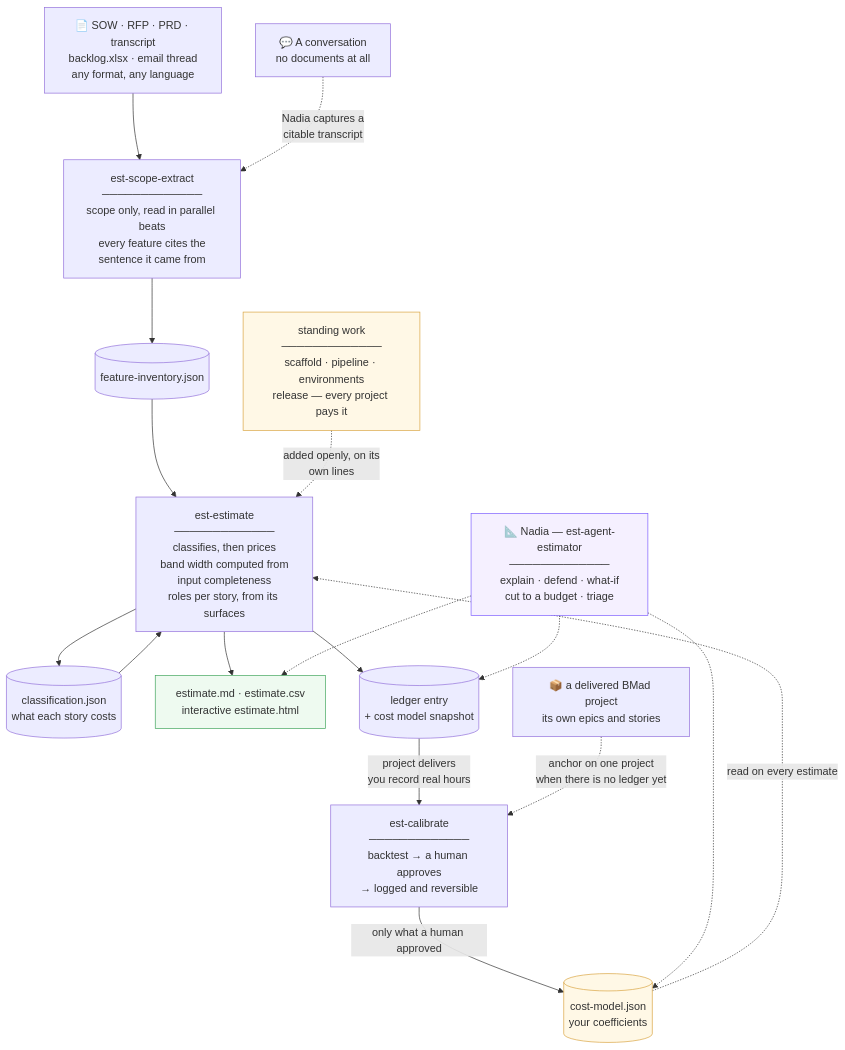
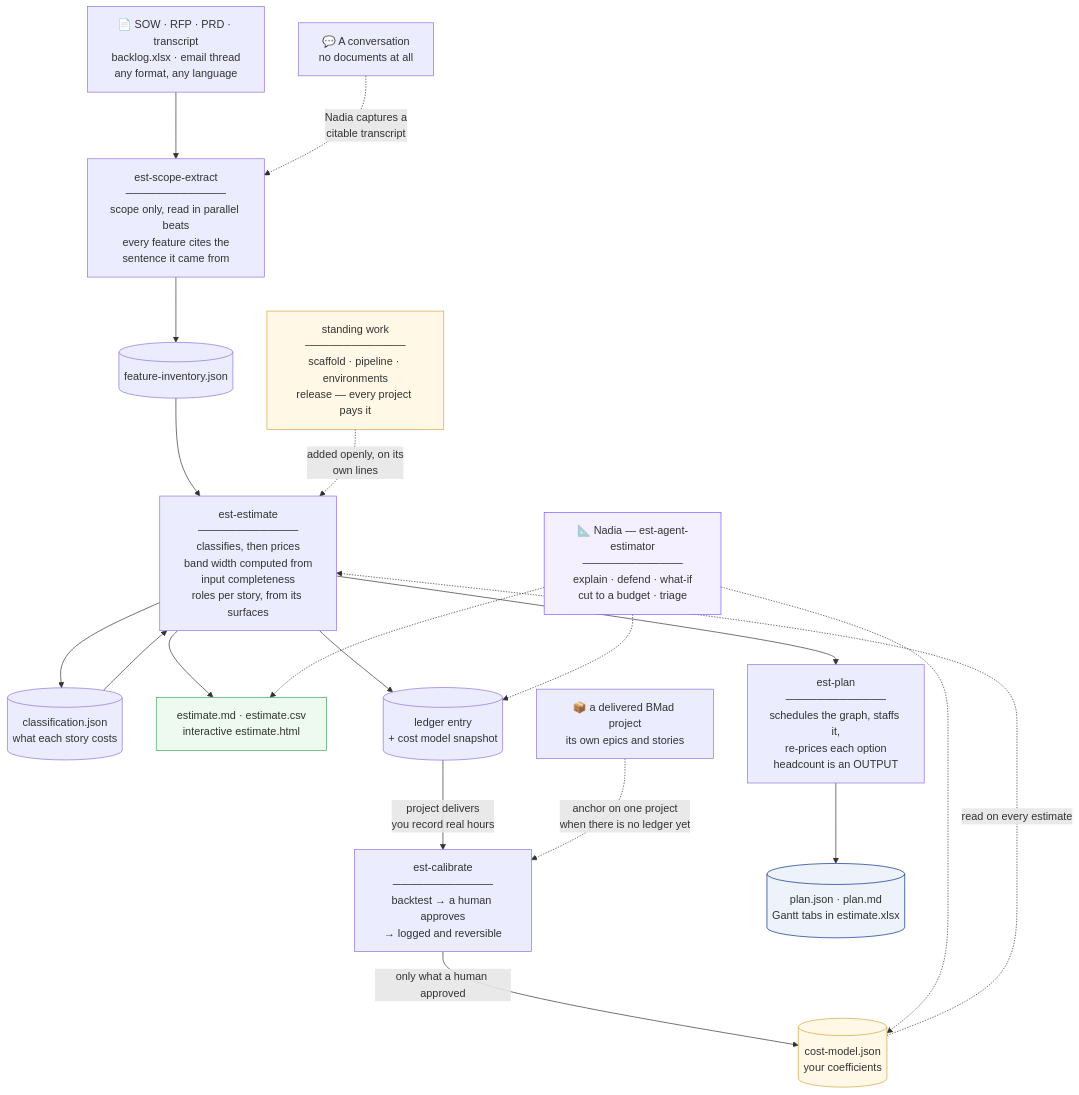
Before and after one commit to Relevant-S/bmad-est: the diagram in README.md, drawn with Mermaid. The commit also changed other lines of this file and 30 other files, not shown here.

Commit message:
refactor estimation process to integrate a new planning skill that generates staffed delivery options from priced estimates, enhancing project management capabilities; update documentation to clarify the role of the new skill in the workflow and ensure consistency in output presentation

````diff
--- a/README.md
+++ b/README.md
@@ -56,41 +54,46 @@
 ```mermaid
 flowchart TB
     DOCS["📄 SOW · RFP · PRD · transcript<br/>backlog.xlsx · email thread<br/>any format, any language"]
     TALK["💬 A conversation<br/>no documents at all"]
 
     EXTRACT["est-scope-extract<br/>─────────────<br/>scope only, read in parallel beats<br/>every feature cites the<br/>sentence it came from"]
     INV[("feature-inventory.json")]
 
     ESTIMATE["est-estimate<br/>─────────────<br/>classifies, then prices<br/>band width computed from<br/>input completeness<br/>roles per story, from its surfaces"]
     CLASS[("classification.json<br/>what each story costs")]
     STANDING["standing work<br/>─────────────<br/>scaffold · pipeline · environments<br/>release — every project pays it"]
     OUTPUT["estimate.md · estimate.csv<br/>interactive estimate.html"]
     LEDGER[("ledger entry<br/>+ cost model snapshot")]
 
     CALIBRATE["est-calibrate<br/>─────────────<br/>backtest → a human approves<br/>→ logged and reversible"]
     DELIVERED["📦 a delivered BMad project<br/>its own epics and stories"]
     MODEL[("cost-model.json<br/>your coefficients")]
 
+    PLAN["est-plan<br/>─────────────<br/>schedules the graph, staffs it,<br/>re-prices each option<br/>headcount is an OUTPUT"]
+    OPTIONS[("plan.json · plan.md<br/>Gantt tabs in estimate.xlsx")]
+
     NADIA["📐 Nadia — est-agent-estimator<br/>─────────────<br/>explain · defend · what-if<br/>cut to a budget · triage"]
 
     DOCS --> EXTRACT
     TALK -.->|"Nadia captures a<br/>citable transcript"| EXTRACT
     EXTRACT --> INV --> ESTIMATE
     ESTIMATE --> CLASS --> ESTIMATE
     STANDING -.->|"added openly, on its<br/>own lines"| ESTIMATE
     ESTIMATE --> OUTPUT
+    ESTIMATE --> PLAN --> OPTIONS
     ESTIMATE --> LEDGER
     LEDGER -->|"project delivers<br/>you record real hours"| CALIBRATE
     DELIVERED -.->|"anchor on one project<br/>when there is no ledger yet"| CALIBRATE
     CALIBRATE -->|"only what a human approved"| MODEL
     MODEL -.->|"read on every estimate"| ESTIMATE
 
     NADIA -.-> OUTPUT
     NADIA -.-> LEDGER
     NADIA -.-> MODEL
 
     style NADIA fill:#f5f0ff,stroke:#7c5cff
     style MODEL fill:#fff8e6,stroke:#d9a441
     style STANDING fill:#fff8e6,stroke:#d9a441
     style OUTPUT fill:#eefaf0,stroke:#3fa45b
+    style OPTIONS fill:#eef2fb,stroke:#002c8d
 ```
````
